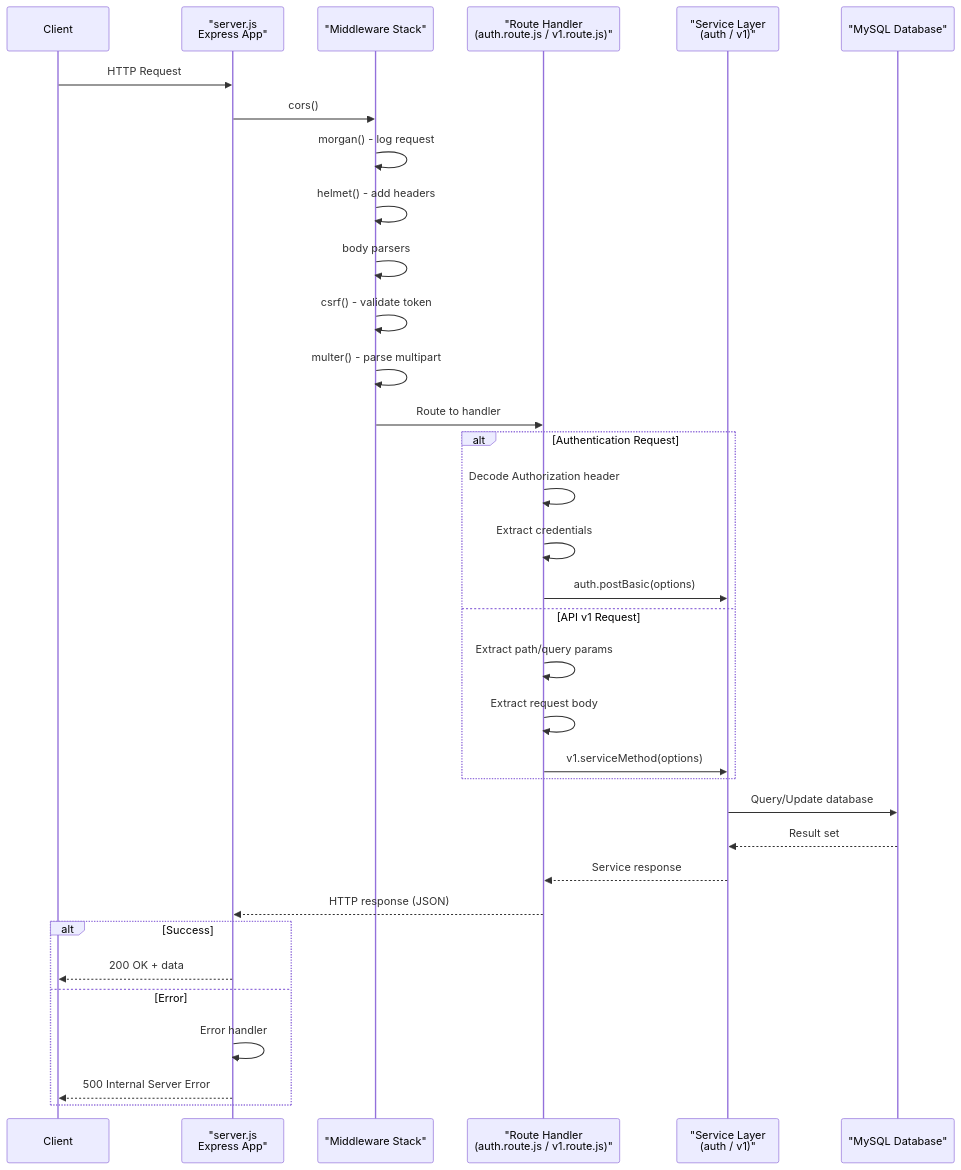
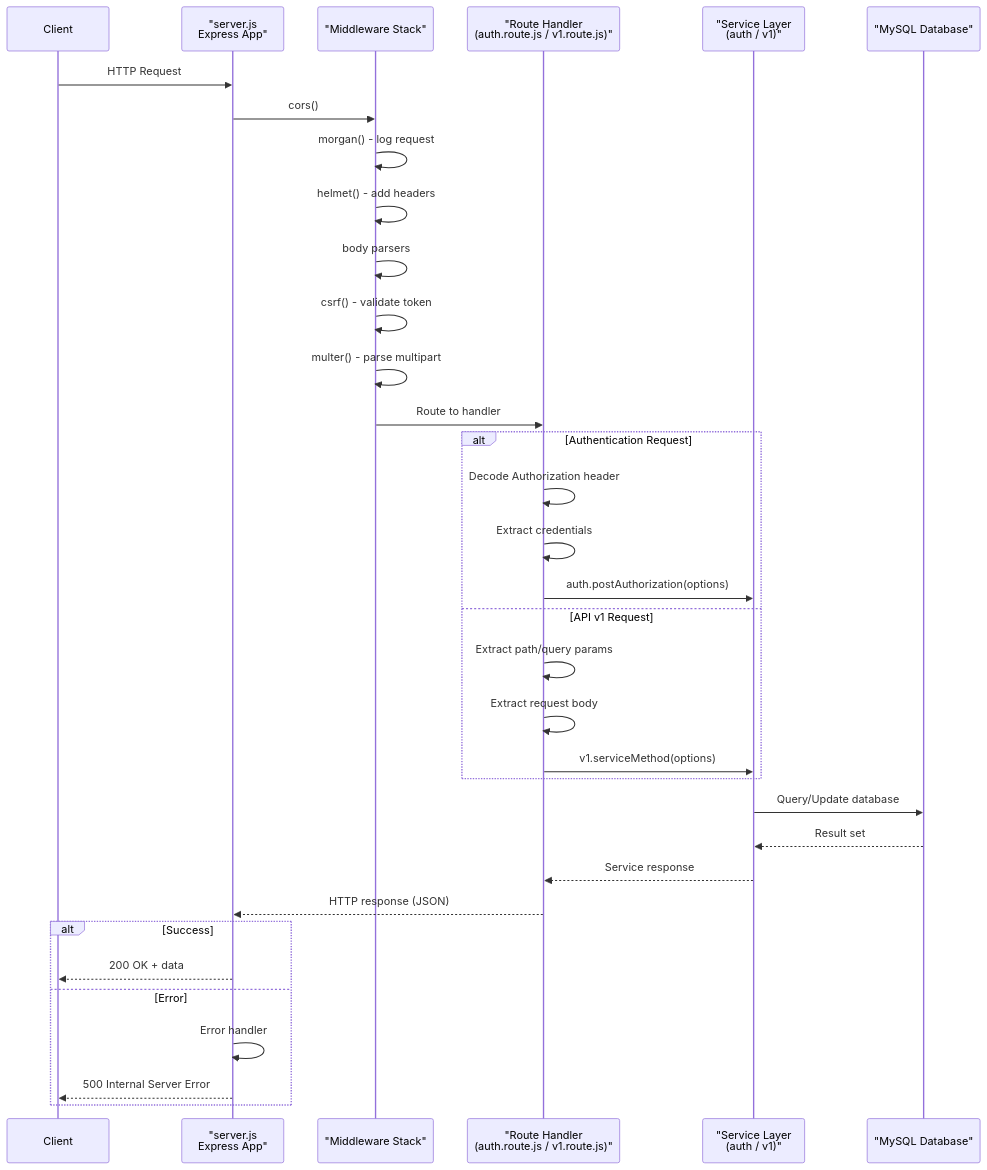
The fifth of 6 diagrams in docs/38_REST_API.md (Ziddykins/LegendOfAetheria), drawn with Mermaid before and after one commit. The commit also changed other lines of this file and 15 other files, not shown here.

````diff
--- a/docs/38_REST_API.md
+++ b/docs/38_REST_API.md
@@ -376,42 +376,42 @@
 ```mermaid
 sequenceDiagram
     participant Client
     participant Express as "server.js<br/>Express App"
     participant Middleware as "Middleware Stack"
     participant Router as "Route Handler<br/>(auth.route.js / v1.route.js)"
     participant Service as "Service Layer<br/>(auth / v1)"
     participant MySQL as "MySQL Database"
     
     Client->>Express: HTTP Request
     Express->>Middleware: cors()
     Middleware->>Middleware: morgan() - log request
     Middleware->>Middleware: helmet() - add headers
     Middleware->>Middleware: body parsers
     Middleware->>Middleware: csrf() - validate token
     Middleware->>Middleware: multer() - parse multipart
     
     Middleware->>Router: Route to handler
     
     alt Authentication Request
         Router->>Router: Decode Authorization header
         Router->>Router: Extract credentials
-        Router->>Service: auth.postBasic(options)
+        Router->>Service: auth.postAuthorization(options)
     else API v1 Request
         Router->>Router: Extract path/query params
         Router->>Router: Extract request body
         Router->>Service: v1.serviceMethod(options)
     end
     
     Service->>MySQL: Query/Update database
     MySQL-->>Service: Result set
     
     Service-->>Router: Service response
     Router-->>Express: HTTP response (JSON)
     
     alt Success
         Express-->>Client: 200 OK + data
     else Error
         Express->>Express: Error handler
         Express-->>Client: 500 Internal Server Error
     end
 ```
````
